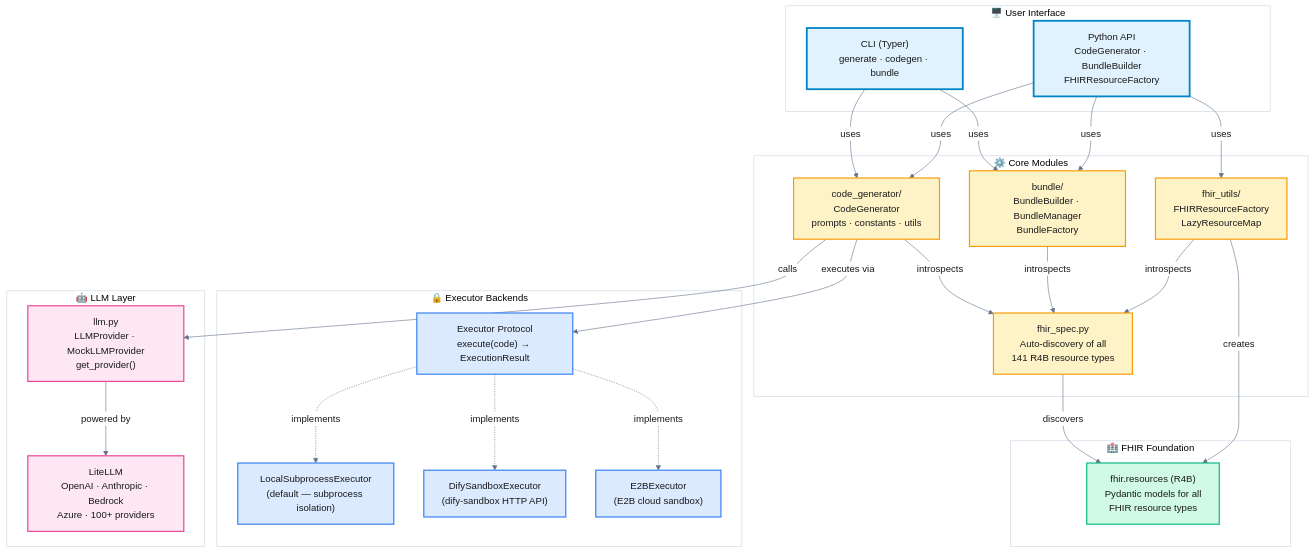
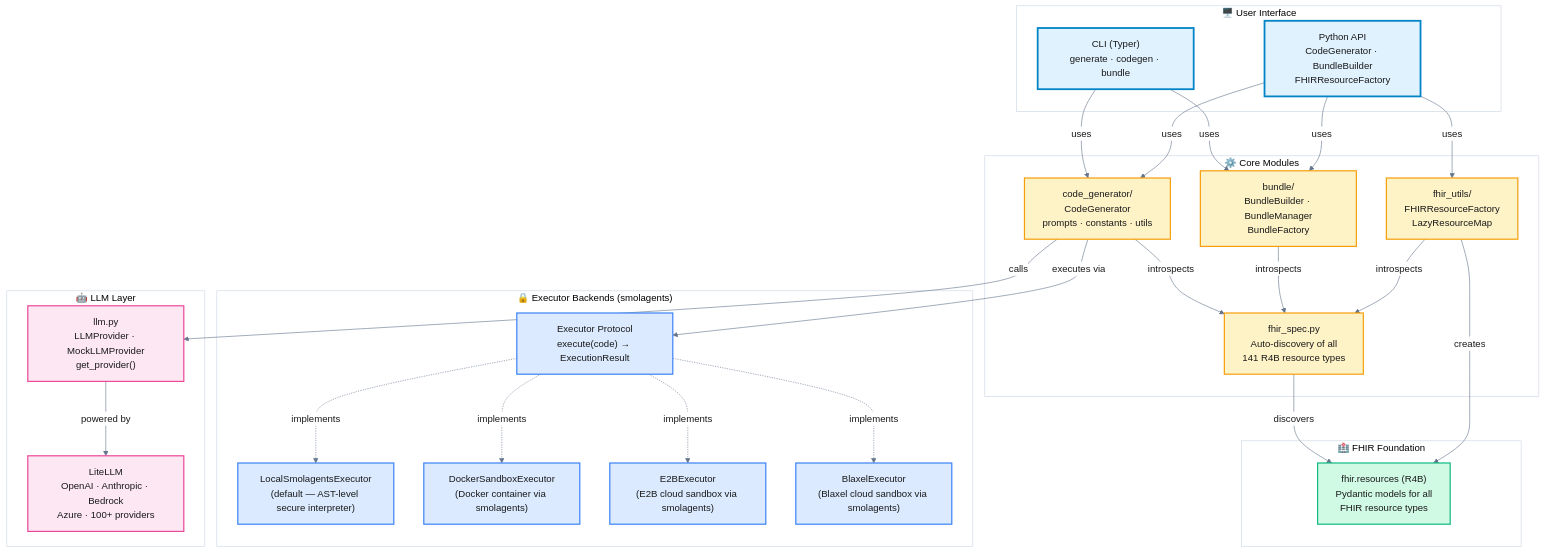
The first of 3 diagrams in docs/architecture.md (alvinhenrick/fhir-synth), drawn with Mermaid before and after one commit. The commit also changed other lines of this file and 18 other files, not shown here.

````diff
--- a/docs/architecture.md
+++ b/docs/architecture.md
@@ -5,62 +5,64 @@
 ```mermaid
 %%{init: {'theme':'base', 'themeVariables': { 'primaryColor':'#ffffff','primaryTextColor':'#1a1a1a','primaryBorderColor':'#94a3b8','lineColor':'#64748b','secondaryColor':'#ffffff','tertiaryColor':'#ffffff','clusterBkg':'#ffffff','clusterBorder':'#cbd5e1'}}}%%
 graph TB
     subgraph UI["🖥️ User Interface"]
         CLI["CLI (Typer)<br/>generate · codegen · bundle"]
         API["Python API<br/>CodeGenerator · BundleBuilder<br/>FHIRResourceFactory"]
     end
 
     subgraph CORE["⚙️ Core Modules"]
         CG["code_generator/<br/>CodeGenerator<br/>prompts · constants · utils"]
         BB["bundle/<br/>BundleBuilder · BundleManager<br/>BundleFactory"]
         FU["fhir_utils/<br/>FHIRResourceFactory<br/>LazyResourceMap"]
         FS["fhir_spec.py<br/>Auto-discovery of all<br/>141 R4B resource types"]
     end
 
-    subgraph EXEC["🔒 Executor Backends"]
+    subgraph EXEC["🔒 Executor Backends (smolagents)"]
         EX_IF["Executor Protocol<br/>execute(code) → ExecutionResult"]
-        LOCAL["LocalSubprocessExecutor<br/>(default — subprocess isolation)"]
-        DIFY["DifySandboxExecutor<br/>(dify-sandbox HTTP API)"]
-        E2B["E2BExecutor<br/>(E2B cloud sandbox)"]
+        LOCAL["LocalSmolagentsExecutor<br/>(default — AST-level secure interpreter)"]
+        DOCKER["DockerSandboxExecutor<br/>(Docker container via smolagents)"]
+        E2B["E2BExecutor<br/>(E2B cloud sandbox via smolagents)"]
+        BLAXEL["BlaxelExecutor<br/>(Blaxel cloud sandbox via smolagents)"]
     end
 
     subgraph LLM_LAYER["🤖 LLM Layer"]
         LLM["llm.py<br/>LLMProvider · MockLLMProvider<br/>get_provider()"]
         LITELLM["LiteLLM<br/>OpenAI · Anthropic · Bedrock<br/>Azure · 100+ providers"]
     end
 
     subgraph FHIR["🏥 FHIR Foundation"]
         FR["fhir.resources (R4B)<br/>Pydantic models for all<br/>FHIR resource types"]
     end
 
     CLI -->|uses| CG
     CLI -->|uses| BB
     API -->|uses| CG
     API -->|uses| BB
     API -->|uses| FU
 
     CG -->|executes via| EX_IF
     EX_IF -.->|implements| LOCAL
-    EX_IF -.->|implements| DIFY
+    EX_IF -.->|implements| DOCKER
     EX_IF -.->|implements| E2B
+    EX_IF -.->|implements| BLAXEL
 
     CG -->|calls| LLM
     CG -->|introspects| FS
     BB -->|introspects| FS
     FU -->|introspects| FS
     LLM -->|powered by| LITELLM
     FS -->|discovers| FR
     FU -->|creates| FR
 
     classDef uiStyle fill:#E0F2FE,stroke:#0284c7,stroke-width:3px,color:#1a1a1a
     classDef coreStyle fill:#FEF3C7,stroke:#f59e0b,stroke-width:2px,color:#1a1a1a
     classDef execStyle fill:#DBEAFE,stroke:#3b82f6,stroke-width:2px,color:#1a1a1a
     classDef llmStyle fill:#FCE7F3,stroke:#ec4899,stroke-width:2px,color:#1a1a1a
     classDef fhirStyle fill:#D1FAE5,stroke:#10b981,stroke-width:2px,color:#1a1a1a
 
     class CLI,API uiStyle
     class CG,BB,FU,FS coreStyle
-    class EX_IF,LOCAL,DIFY,E2B execStyle
+    class EX_IF,LOCAL,DOCKER,E2B,BLAXEL execStyle
     class LLM,LITELLM llmStyle
     class FR fhirStyle
 ```
````
